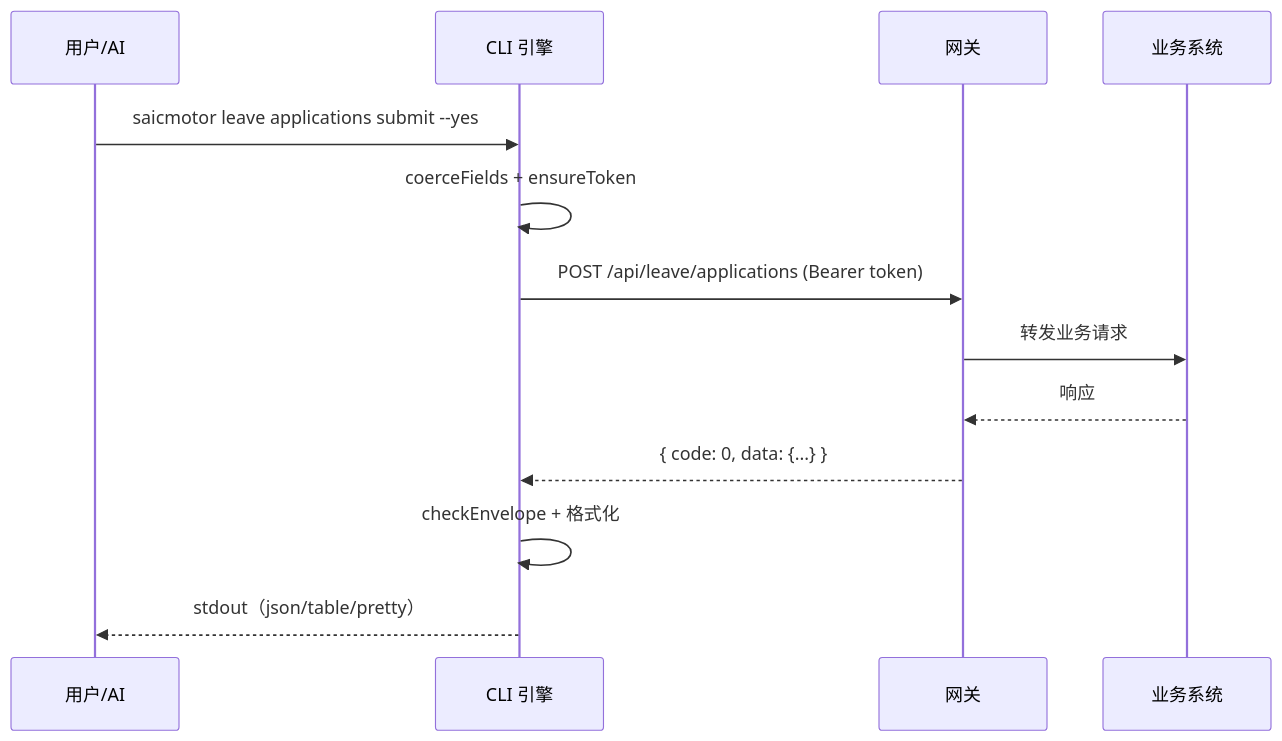
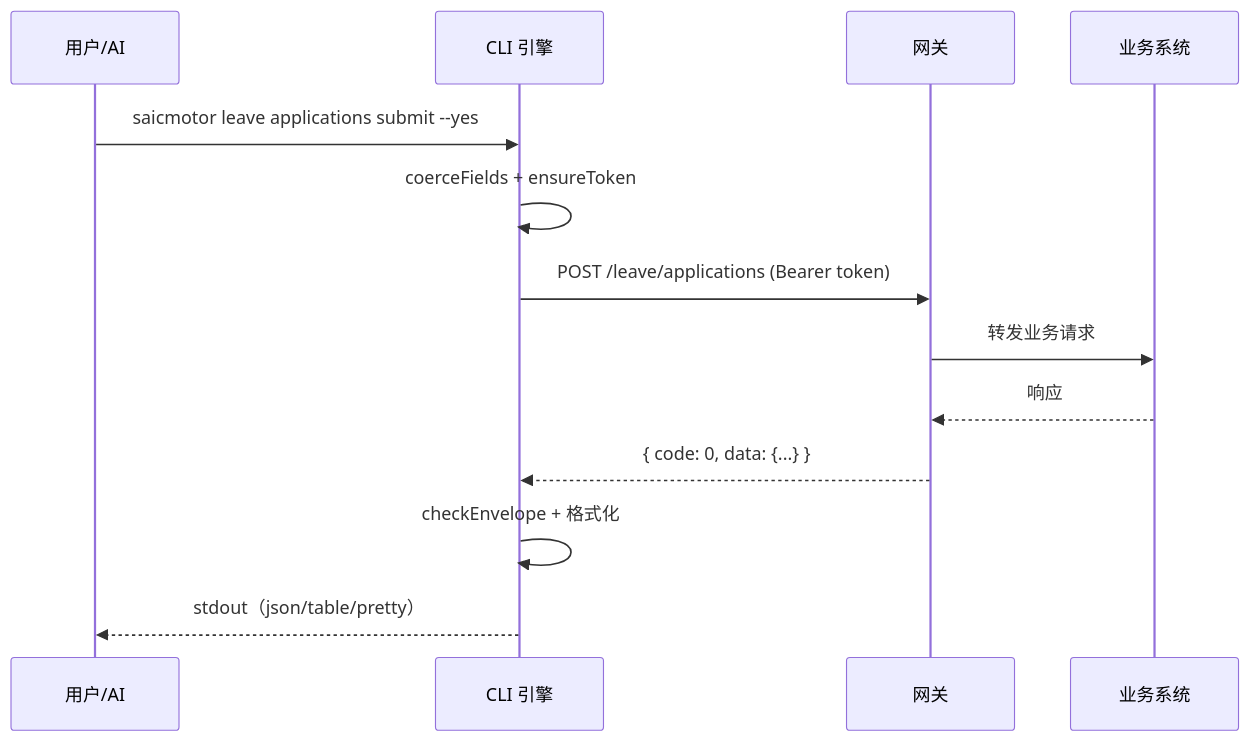
One commit to a5535772/saicmotor-cli changed the second of 2 diagrams in docs/framework/01-architecture.md. Above: the diagram before and after it, drawn with Mermaid. The commit also changed 3 other files, not shown here.

````diff
--- a/docs/framework/01-architecture.md
+++ b/docs/framework/01-architecture.md
@@ -118,15 +118,15 @@
 ```mermaid
 sequenceDiagram
     participant U as 用户/AI
     participant C as CLI 引擎
     participant GW as 网关
     participant SVC as 业务系统
     U->>C: saicmotor leave applications submit --yes
     C->>C: coerceFields + ensureToken
-    C->>GW: POST /api/leave/applications (Bearer token)
+    C->>GW: POST /leave/applications (Bearer token)
     GW->>SVC: 转发业务请求
     SVC-->>GW: 响应
     GW-->>C: { code: 0, data: {...} }
     C->>C: checkEnvelope + 格式化
     C-->>U: stdout（json/table/pretty）
 ```
````
